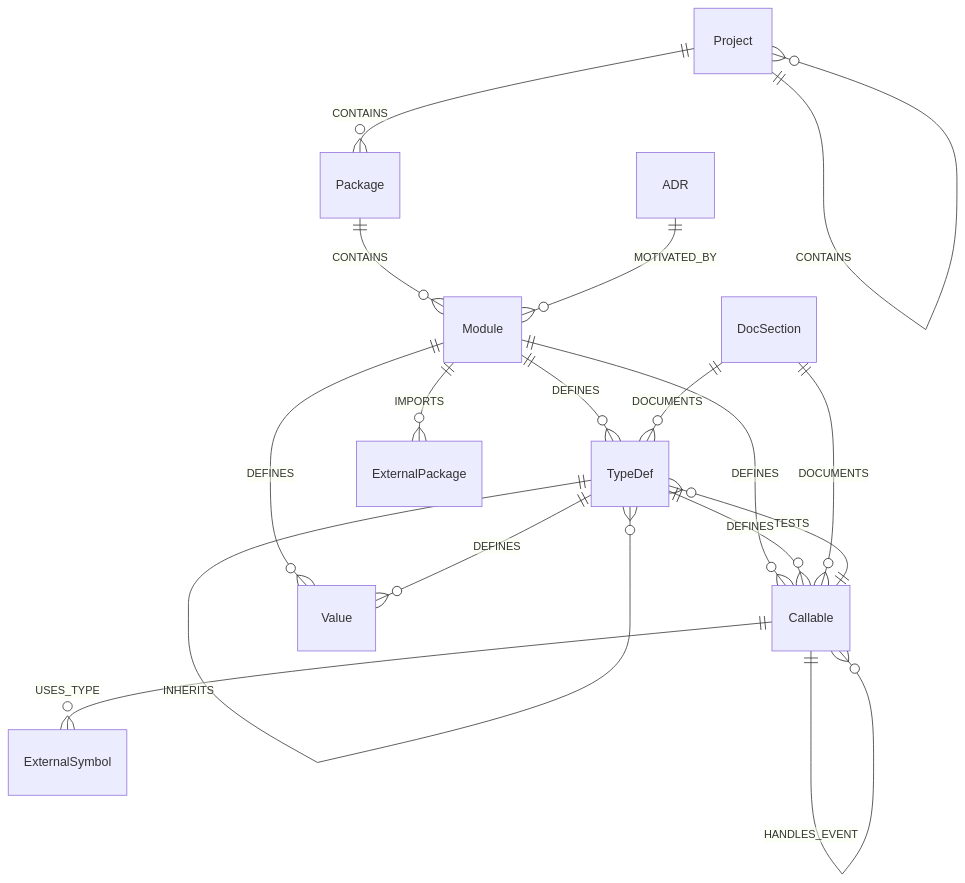
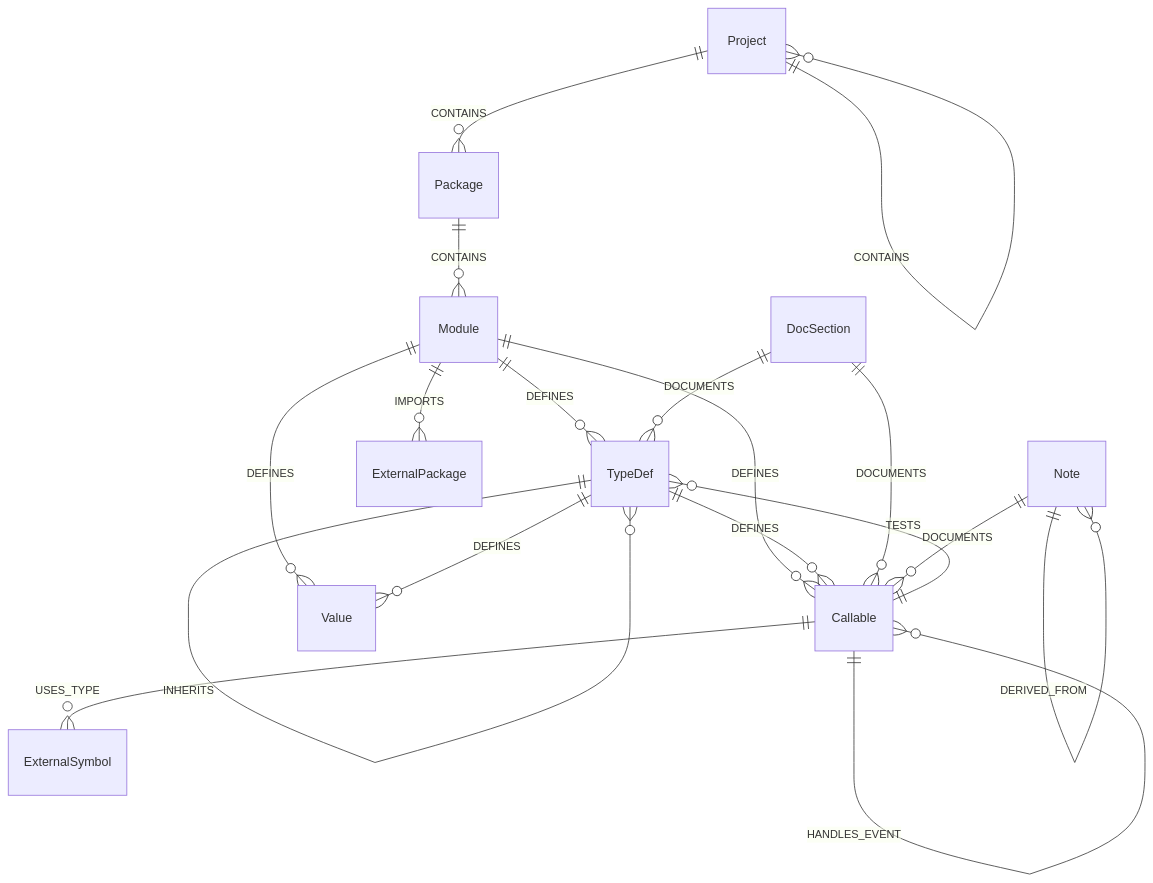
One commit to SerPeter/code-atlas changed the third of 3 diagrams in docs/architecture.md. Above: the diagram before and after it, drawn with Mermaid. The commit also changed other lines of this file and 2 other files, not shown here.

First line of the commit message:
docs(adr): record the Note vault schema decision

````diff
--- a/docs/architecture.md
+++ b/docs/architecture.md
@@ -201,25 +205,27 @@
 ```mermaid
 erDiagram
     Project ||--o{ Package : CONTAINS
     Project ||--o{ Project : CONTAINS
     Package ||--o{ Module : CONTAINS
     Module ||--o{ TypeDef : DEFINES
     Module ||--o{ Callable : DEFINES
     Module ||--o{ Value : DEFINES
     TypeDef ||--o{ Callable : DEFINES
     TypeDef ||--o{ Value : DEFINES
     TypeDef ||--o{ TypeDef : INHERITS
 
     Callable ||--o{ Callable : CALLS
     Callable ||--o{ Callable : OVERRIDES
     Module ||--o{ ExternalPackage : IMPORTS
     Callable ||--o{ ExternalSymbol : USES_TYPE
 
     DocSection ||--o{ Callable : DOCUMENTS
     DocSection ||--o{ TypeDef : DOCUMENTS
-    ADR ||--o{ Module : MOTIVATED_BY
+    Note ||--o{ Callable : DOCUMENTS
+    Note ||--o{ Note : LINKS_TO
+    Note ||--o{ Note : DERIVED_FROM
 
     Callable ||--o{ Callable : HANDLES_ROUTE
     Callable ||--o{ Callable : HANDLES_EVENT
     Callable ||--o{ TypeDef : TESTS
 ```
````
